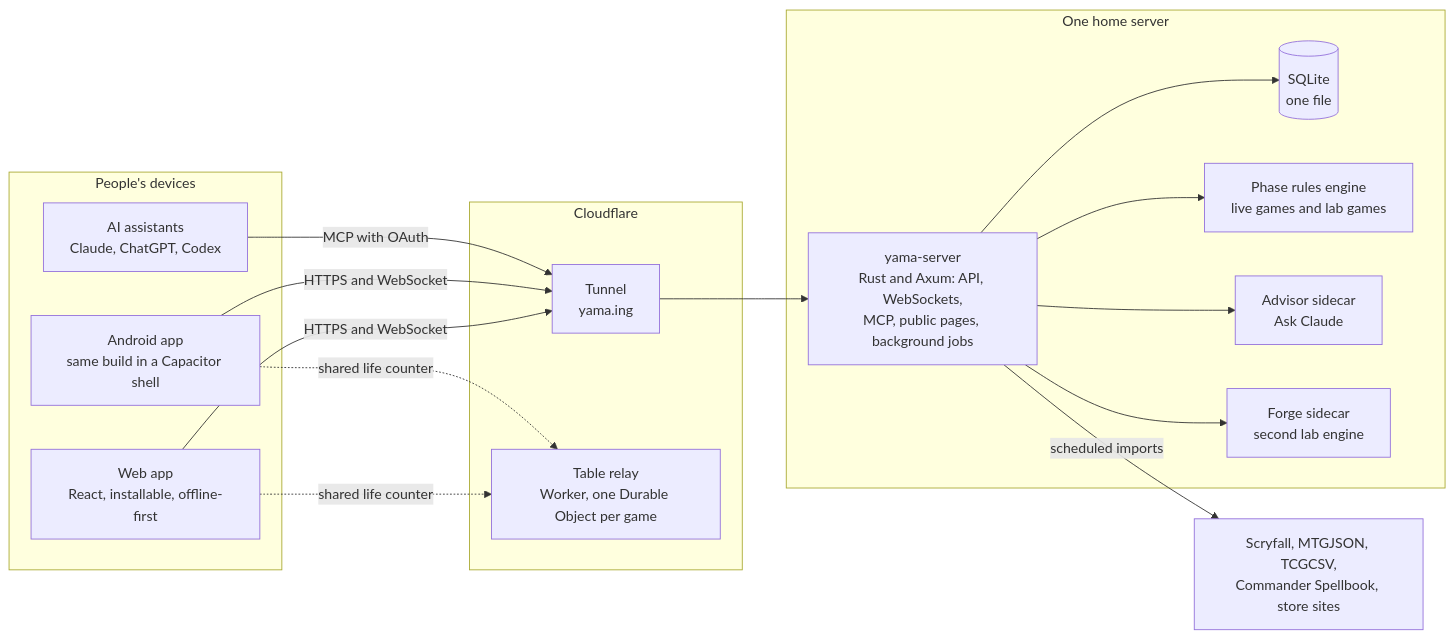
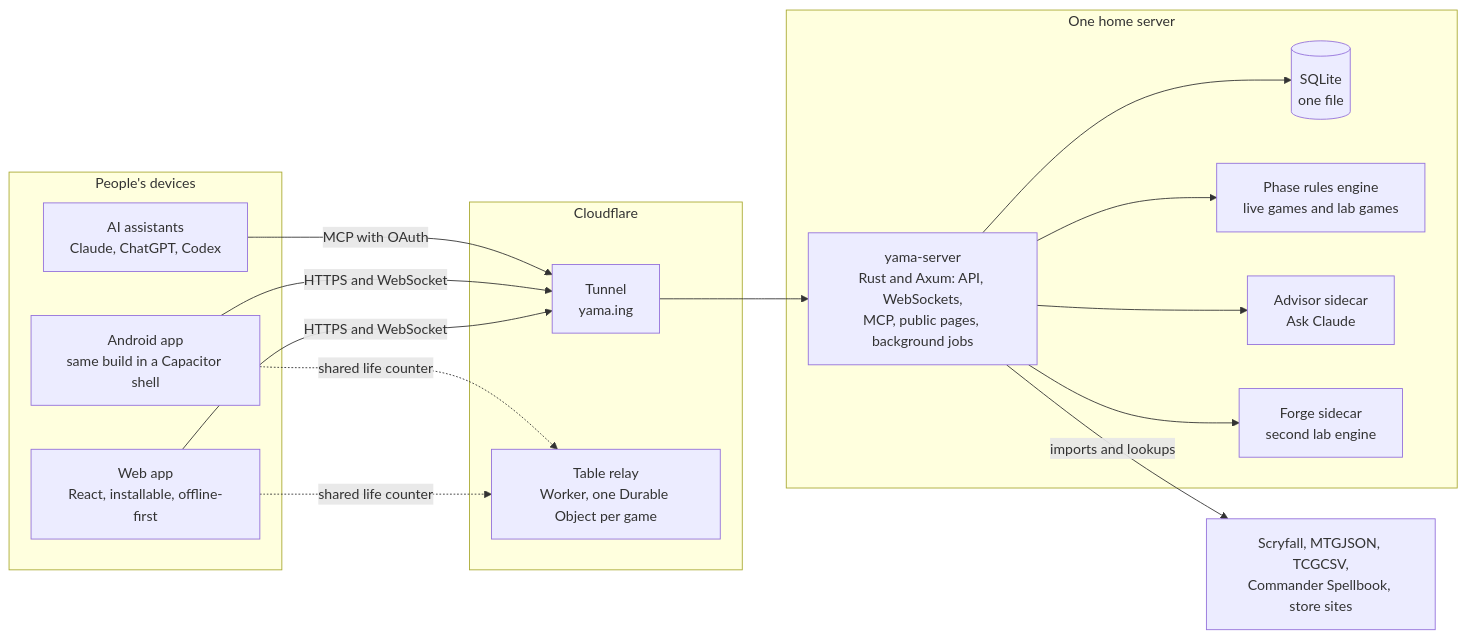
One commit to bryanroscoe/yama changed the diagram in README.md. Above: the diagram before and after it, drawn with Mermaid. The commit also changed other lines of this file and 4 other files, not shown here.

````diff
--- a/README.md
+++ b/README.md
@@ -36,35 +36,35 @@
 ```mermaid
 flowchart LR
   subgraph devices["People's devices"]
     web["Web app<br/>React, installable, offline-first"]
     android["Android app<br/>same build in a Capacitor shell"]
     assistants["AI assistants<br/>Claude, ChatGPT, Codex"]
   end
 
   subgraph cloudflare["Cloudflare"]
     tunnel["Tunnel<br/>yama.ing"]
     relay["Table relay<br/>Worker, one Durable Object per game"]
   end
 
   subgraph host["One home server"]
     server["yama-server<br/>Rust and Axum: API, WebSockets,<br/>MCP, public pages, background jobs"]
     db[("SQLite<br/>one file")]
     engine["Phase rules engine<br/>live games and lab games"]
     advisor["Advisor sidecar<br/>Ask Claude"]
     forge["Forge sidecar<br/>second lab engine"]
   end
 
   sources["Scryfall, MTGJSON, TCGCSV,<br/>Commander Spellbook, store sites"]
 
   web -->|HTTPS and WebSocket| tunnel
   android -->|HTTPS and WebSocket| tunnel
   assistants -->|MCP with OAuth| tunnel
   tunnel --> server
   web -.->|shared life counter| relay
   android -.->|shared life counter| relay
   server --> db
   server --> engine
   server --> advisor
   server --> forge
-  server -->|scheduled imports| sources
+  server -->|imports and lookups| sources
 ```
````
